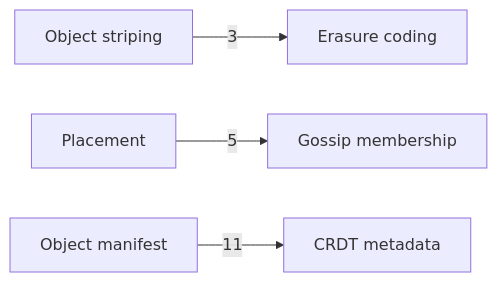
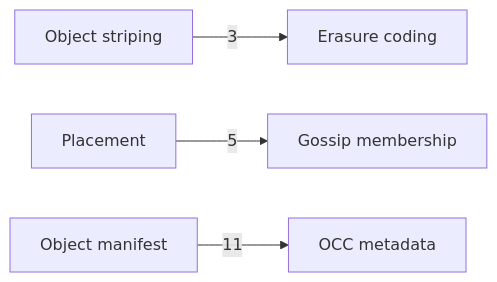
Before and after one commit to nickstrad/decentralized-object-store: the diagram in docs/c4/diagrams/09-component-storage-b.mmd, drawn with Mermaid. The commit also changed 26 other files, not shown here.

```diff
--- a/docs/c4/diagrams/09-component-storage-b.mmd
+++ b/docs/c4/diagrams/09-component-storage-b.mmd
@@ -1,5 +1,5 @@
 %% draw-visual: -x 4 -y 1 -p 0
 graph LR
   STRIPE[Object striping] -->|3| ERASURE[Erasure coding]
   PLACE[Placement] -->|5| GOSSIP[Gossip membership]
-  MANIFEST[Object manifest] -->|11| CRDT[CRDT metadata]
+  MANIFEST[Object manifest] -->|11| OCC[OCC metadata]
```
